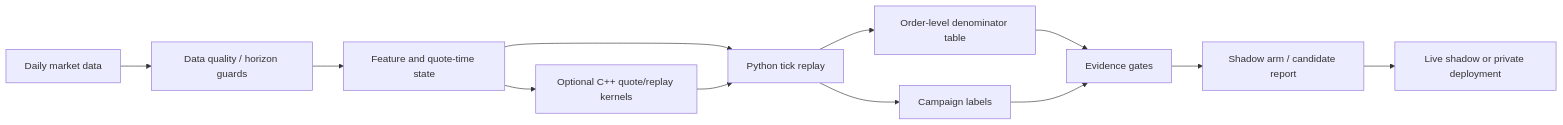
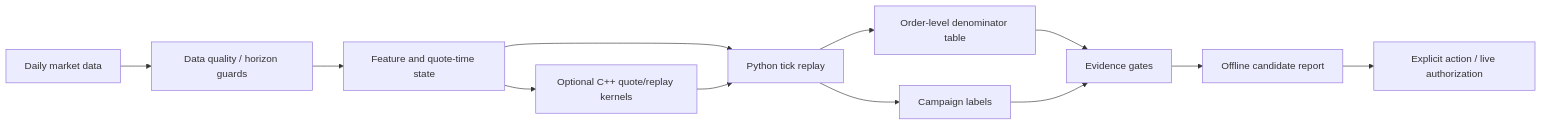
Before and after one commit to xiao-nanbei/NarrowGateMaker: the diagram in README.md, drawn with Mermaid. The commit also changed other lines of this file and 647 other files, not shown here.

````diff
--- a/README.md
+++ b/README.md
@@ -171,14 +191,14 @@
 ```mermaid
 flowchart LR
   A["Daily market data"] --> B["Data quality / horizon guards"]
   B --> C["Feature and quote-time state"]
   C --> D["Python tick replay"]
   D --> E["Order-level denominator table"]
   D --> F["Campaign labels"]
   E --> G["Evidence gates"]
   F --> G
-  G --> H["Shadow arm / candidate report"]
-  H --> I["Live shadow or private deployment"]
+  G --> H["Offline candidate report"]
+  H --> I["Explicit action / live authorization"]
   C --> J["Optional C++ quote/replay kernels"]
   J --> D
 ```
````
